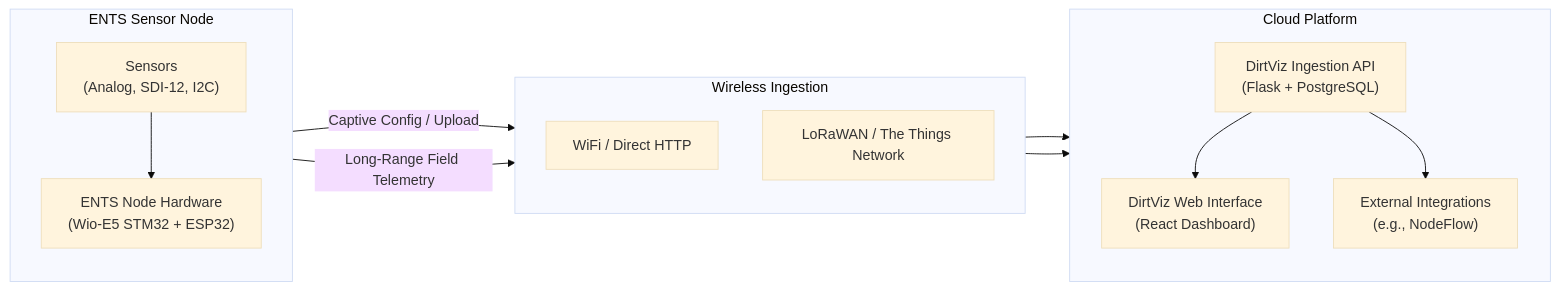
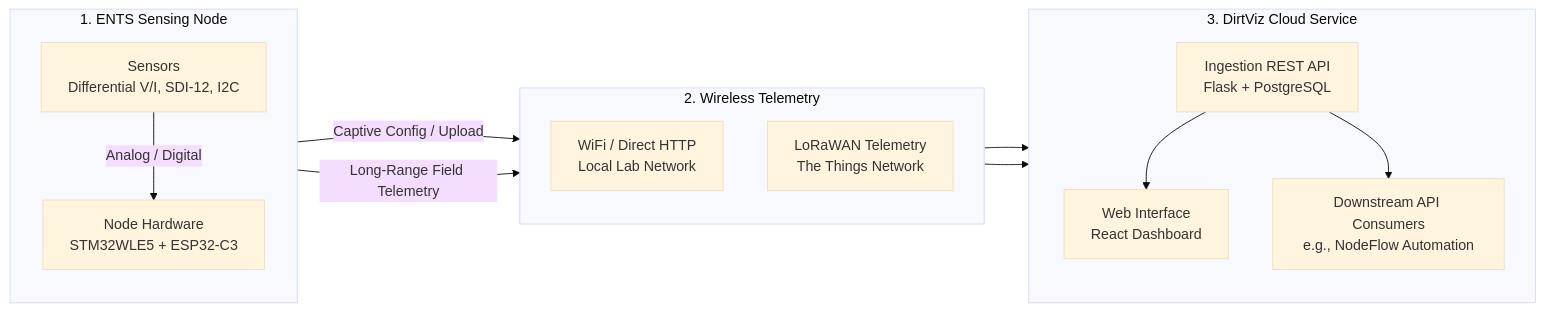
Before and after one commit to jlab-sensing/ENTS: the diagram in docs/index.md, drawn with Mermaid (base theme). The commit also changed other lines of this file and 10 other files, not shown here.

Commit message:
docs: highlight DirtViz on homepage and enhance figure readability across docs

````diff
--- a/docs/index.md
+++ b/docs/index.md
@@ -39,29 +68,29 @@
 ```mermaid
 flowchart LR
-    subgraph SensingNode ["ENTS Sensor Node"]
+    subgraph SensingNode ["1. ENTS Sensing Node"]
         direction TB
-        Sensors["Sensors<br/>(Analog, SDI-12, I2C)"]
-        Board["ENTS Node Hardware<br/>(Wio-E5 STM32 + ESP32)"]
-        Sensors --> Board
+        Sensors["Sensors<br/>Differential V/I, SDI-12, I2C"]
+        Board["Node Hardware<br/>STM32WLE5 + ESP32-C3"]
+        Sensors -->|Analog / Digital| Board
     end
 
-    subgraph Transmission ["Wireless Ingestion"]
+    subgraph Transmission ["2. Wireless Telemetry"]
         direction TB
-        WiFi["WiFi / Direct HTTP"]
-        LoRa["LoRaWAN / The Things Network"]
+        WiFi["WiFi / Direct HTTP<br/>Local Lab Network"]
+        LoRa["LoRaWAN Telemetry<br/>The Things Network"]
     end
 
-    subgraph Cloud ["Cloud Platform"]
+    subgraph Cloud ["3. DirtViz Cloud Service"]
         direction TB
-        DirtViz["DirtViz Ingestion API<br/>(Flask + PostgreSQL)"]
-        WebUI["DirtViz Web Interface<br/>(React Dashboard)"]
-        API["External Integrations<br/>(e.g., NodeFlow)"]
+        DirtViz["Ingestion REST API<br/>Flask + PostgreSQL"]
+        WebUI["Web Interface<br/>React Dashboard"]
+        API["Downstream API Consumers<br/>e.g., NodeFlow Automation"]
         DirtViz --> WebUI
         DirtViz --> API
     end
 
     Board -->|Captive Config / Upload| WiFi
     Board -->|Long-Range Field Telemetry| LoRa
     WiFi --> DirtViz
     LoRa --> DirtViz
 ```
````
